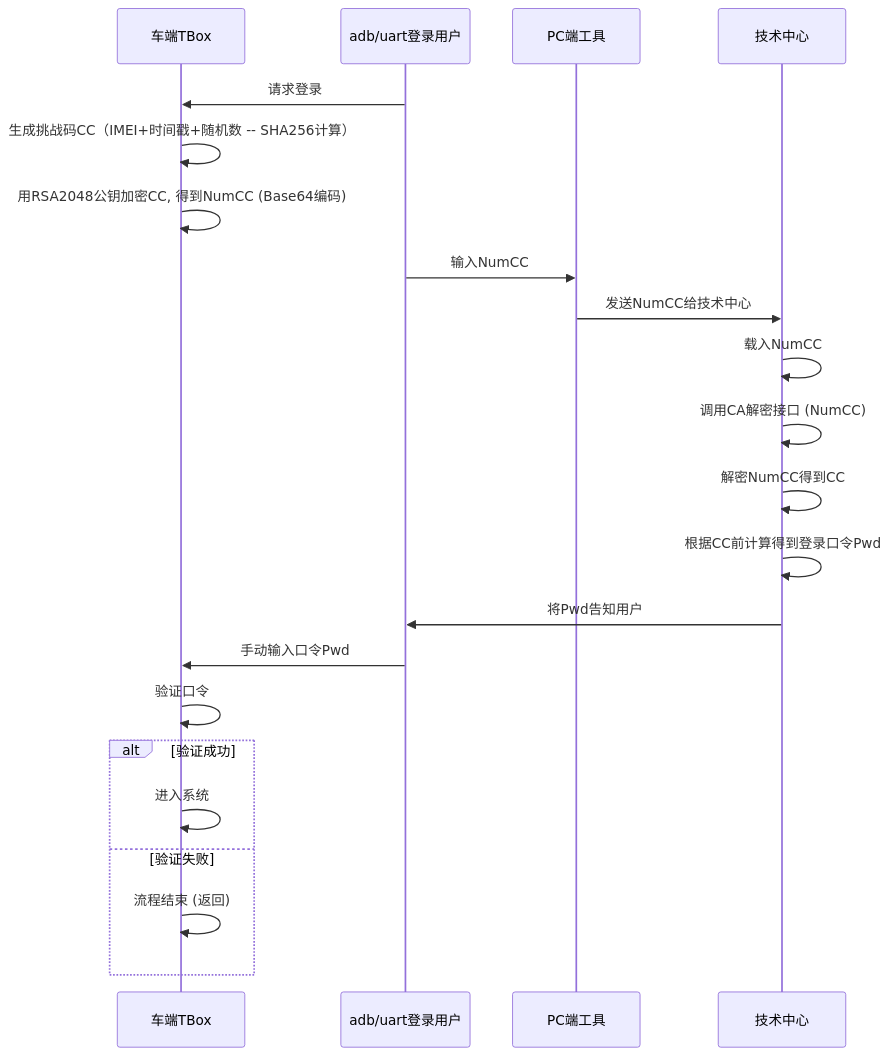
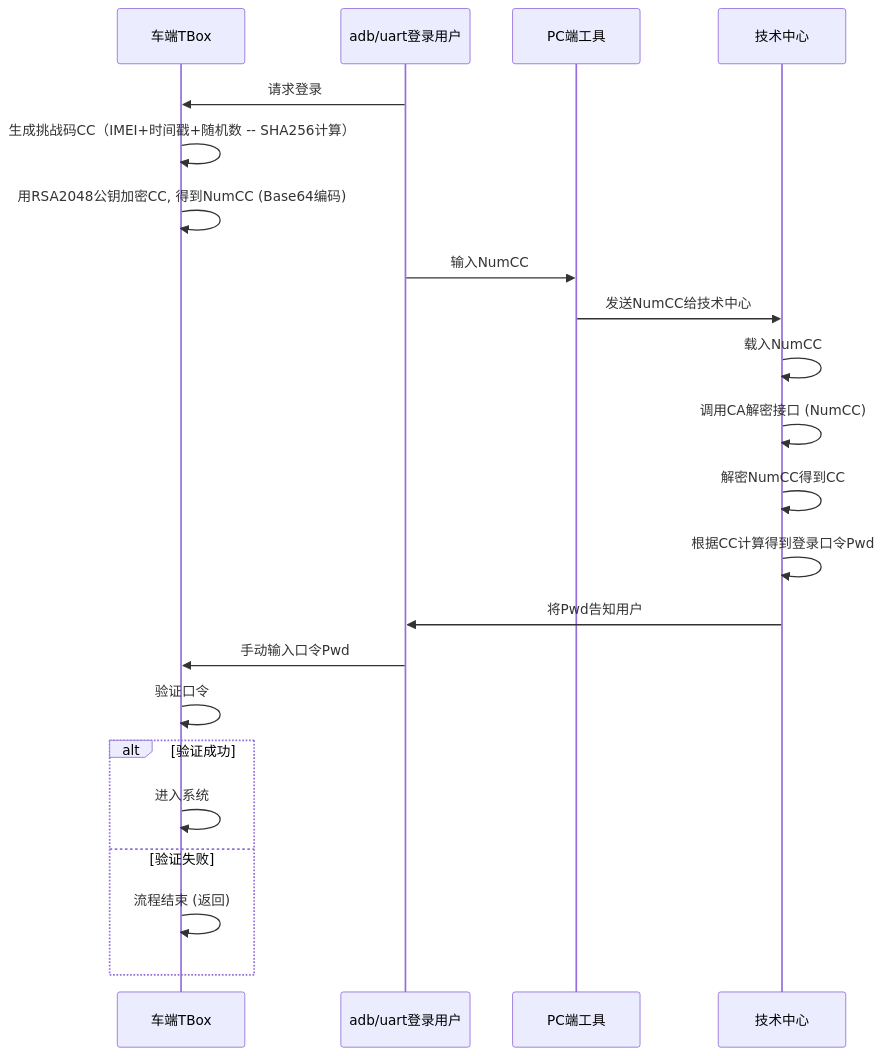
One commit to facebook-cloud/iodraw-files changed the diagram in all/未命名-13.md. Above: the diagram before and after it, drawn with Mermaid.

Commit message:
2026-01-26 18:57:38 update

````diff
--- a/all/未命名-13.md
+++ b/all/未命名-13.md
@@ -1,28 +1,28 @@
 ```mermaid
 sequenceDiagram
     participant tbox as 车端TBox
     participant user as adb/uart登录用户
     participant pc as PC端工具
     participant tech_center as 技术中心
   
 
     user->>tbox: 请求登录
     tbox->>tbox: 生成挑战码CC（IMEI+时间戳+随机数 -- SHA256计算）
     tbox->>tbox: 用RSA2048公钥加密CC, 得到NumCC (Base64编码)
     user->>pc: 输入NumCC
     pc->>tech_center: 发送NumCC给技术中心
     tech_center->>tech_center: 载入NumCC
     tech_center->>tech_center: 调用CA解密接口 (NumCC)
     tech_center->>tech_center: 解密NumCC得到CC
-    tech_center->>tech_center: 根据CC前计算得到登录口令Pwd
+    tech_center->>tech_center: 根据CC计算得到登录口令Pwd
     tech_center->>user: 将Pwd告知用户
     user->>tbox: 手动输入口令Pwd
     tbox->>tbox: 验证口令
     alt 验证成功
         tbox->>tbox: 进入系统
     else 验证失败
         tbox->>tbox: 流程结束 (返回)
     end
 
 
 ```
````
